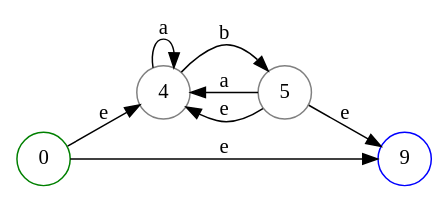
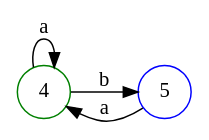
One commit to mouadd9/automaton_project changed the diagram in Automate.dot. Above: the diagram before and after it, drawn with Graphviz. The commit also changed 5 other files, not shown here.

```diff
--- a/Automate.dot
+++ b/Automate.dot
@@ -1,13 +1,9 @@
 digraph automate {
 	rankdir=LR;
 	node [shape = circle, color = gray];
 	4 -> 5 [label=b];
 	5 -> 4 [label=a];
 	4 -> 4 [label=a];
-	0 -> 4 [label=e];
-	5 -> 9 [label=e];
-	5 -> 4 [label=e];
-	0 -> 9 [label=e];
-	0 [color=green];
-	9 [color=blue];
+	4 [color=green];
+	5 [color=blue];
 }
```
